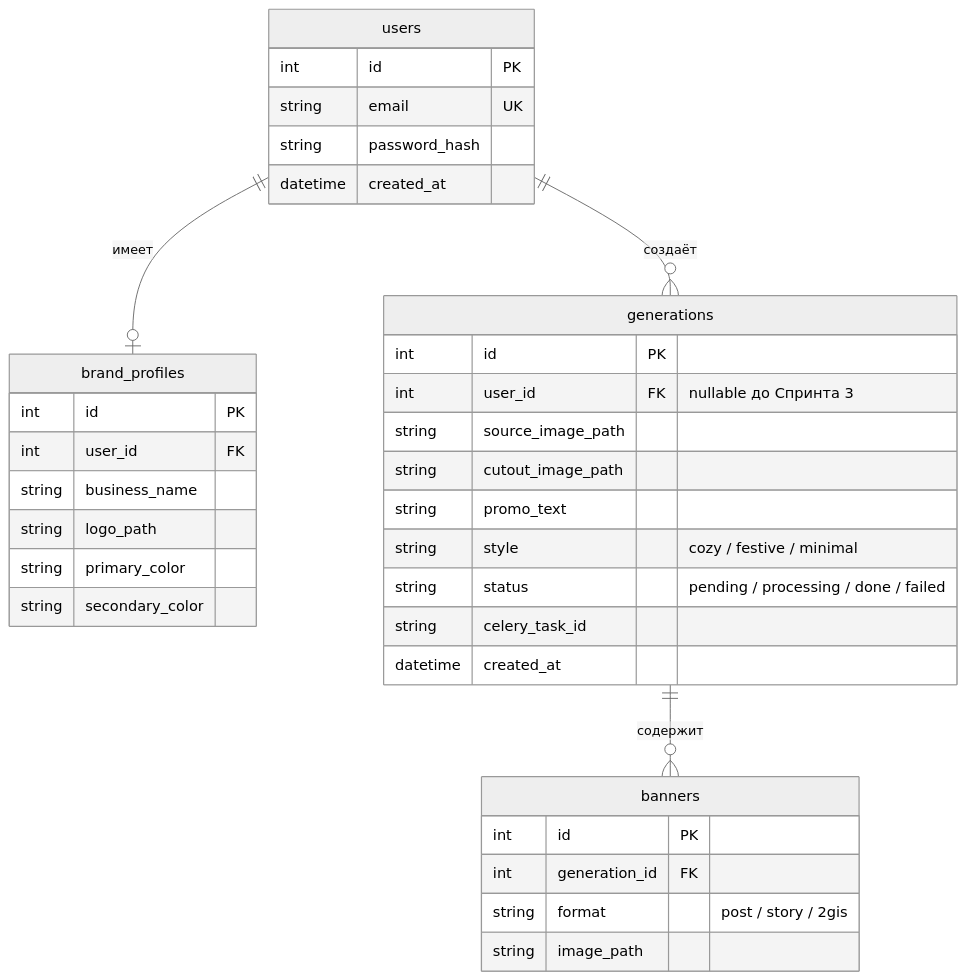
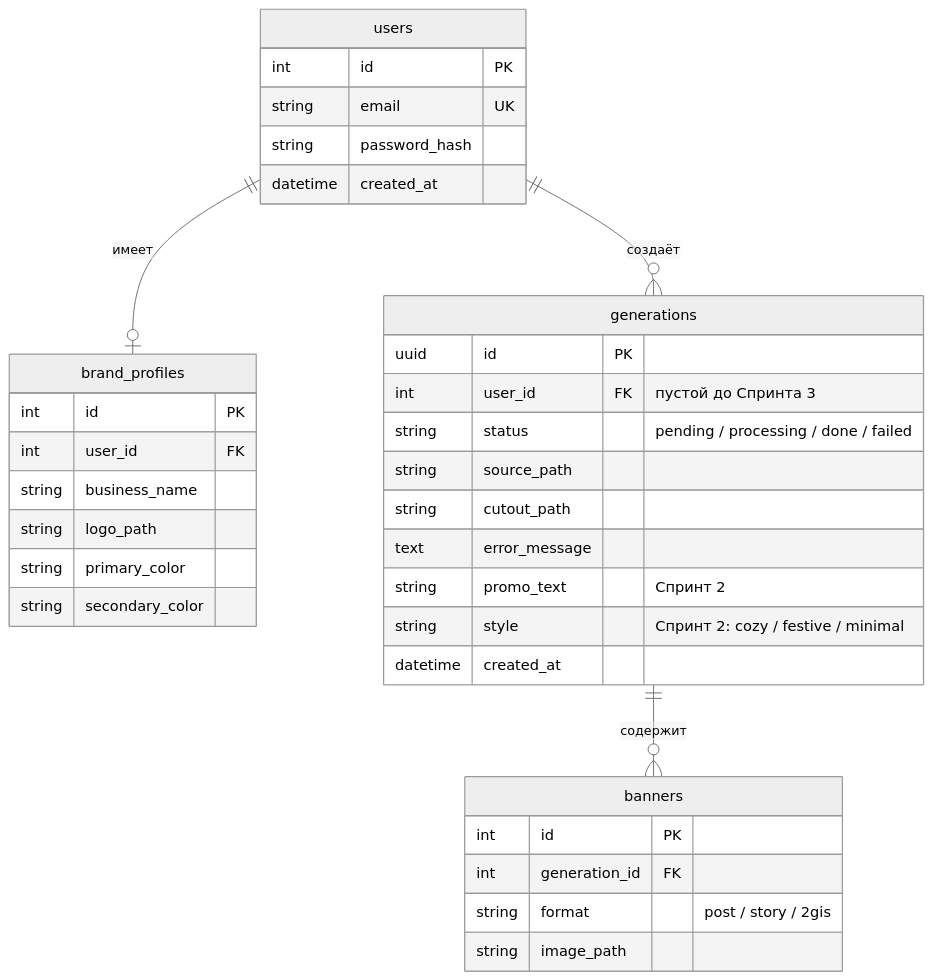
Before and after one commit to Aqudai/ADGen_AI1: the fourth of 4 diagrams in docs/ARCHITECTURE.md, drawn with Mermaid (neutral theme). The commit also changed other lines of this file and 28 other files, not shown here.

````diff
--- a/docs/ARCHITECTURE.md
+++ b/docs/ARCHITECTURE.md
@@ -110,38 +117,38 @@
 ```mermaid
 erDiagram
     users ||--o| brand_profiles : "имеет"
     users ||--o{ generations : "создаёт"
     generations ||--o{ banners : "содержит"
 
     users {
         int id PK
         string email UK
         string password_hash
         datetime created_at
     }
     brand_profiles {
         int id PK
         int user_id FK
         string business_name
         string logo_path
         string primary_color
         string secondary_color
     }
     generations {
-        int id PK
-        int user_id FK "nullable до Спринта 3"
-        string source_image_path
-        string cutout_image_path
-        string promo_text
-        string style "cozy / festive / minimal"
+        uuid id PK
+        int user_id FK "пустой до Спринта 3"
         string status "pending / processing / done / failed"
-        string celery_task_id
+        string source_path
+        string cutout_path
+        text error_message
+        string promo_text "Спринт 2"
+        string style "Спринт 2: cozy / festive / minimal"
         datetime created_at
     }
     banners {
         int id PK
         int generation_id FK
         string format "post / story / 2gis"
         string image_path
     }
 ```
````
